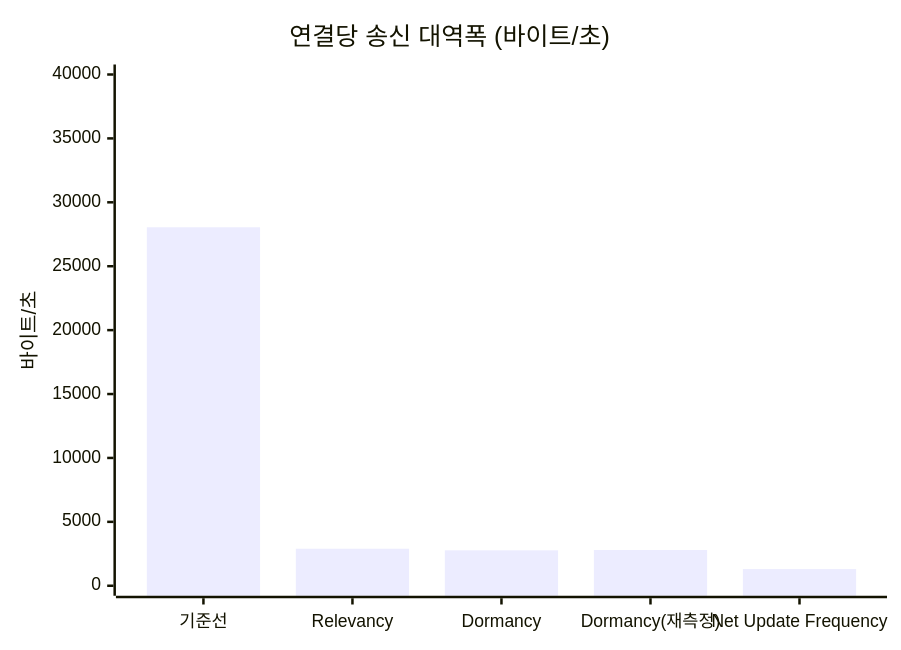
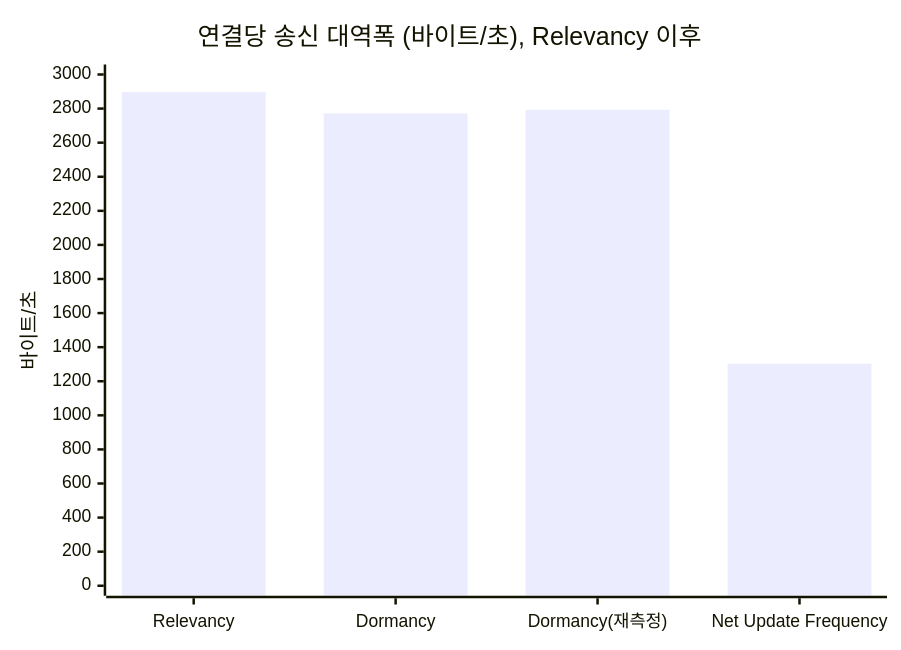
Before and after one commit to hon454/ue-dedicated-server-optimization-lab: the fourth of 4 diagrams in README.md, drawn with Mermaid. The commit also changed other lines of this file, not shown here.

````diff
--- a/README.md
+++ b/README.md
@@ -112,7 +134,7 @@
 ```mermaid
 xychart-beta
-    title "연결당 송신 대역폭 (바이트/초)"
-    x-axis ["기준선", "Relevancy", "Dormancy", "Dormancy(재측정)", "Net Update Frequency"]
-    y-axis "바이트/초" 0 --> 40000
-    bar [28048, 2897, 2772, 2793, 1303]
+    title "연결당 송신 대역폭 (바이트/초), Relevancy 이후"
+    x-axis ["Relevancy", "Dormancy", "Dormancy(재측정)", "Net Update Frequency"]
+    y-axis "바이트/초" 0 --> 3000
+    bar [2897, 2772, 2793, 1303]
 ```
````
